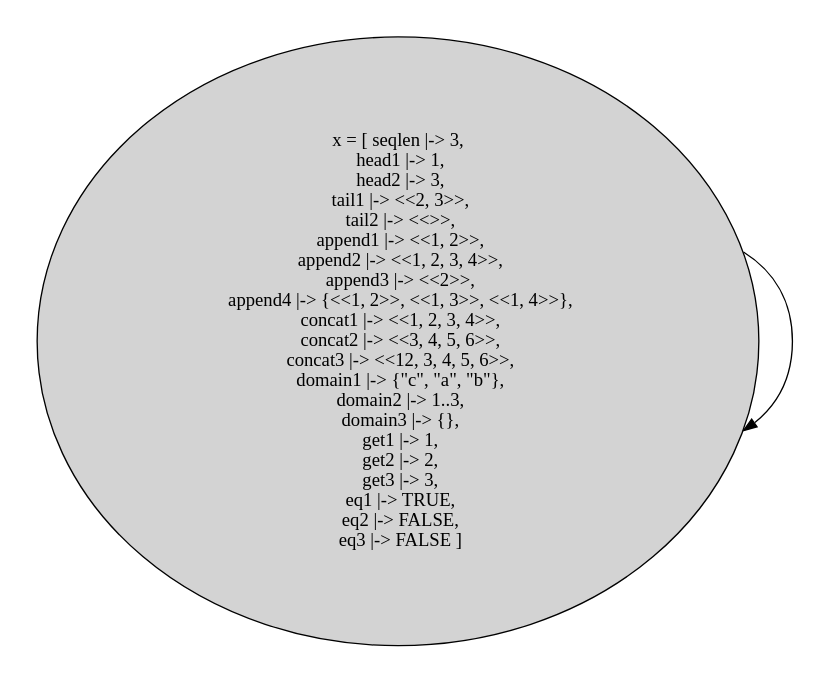
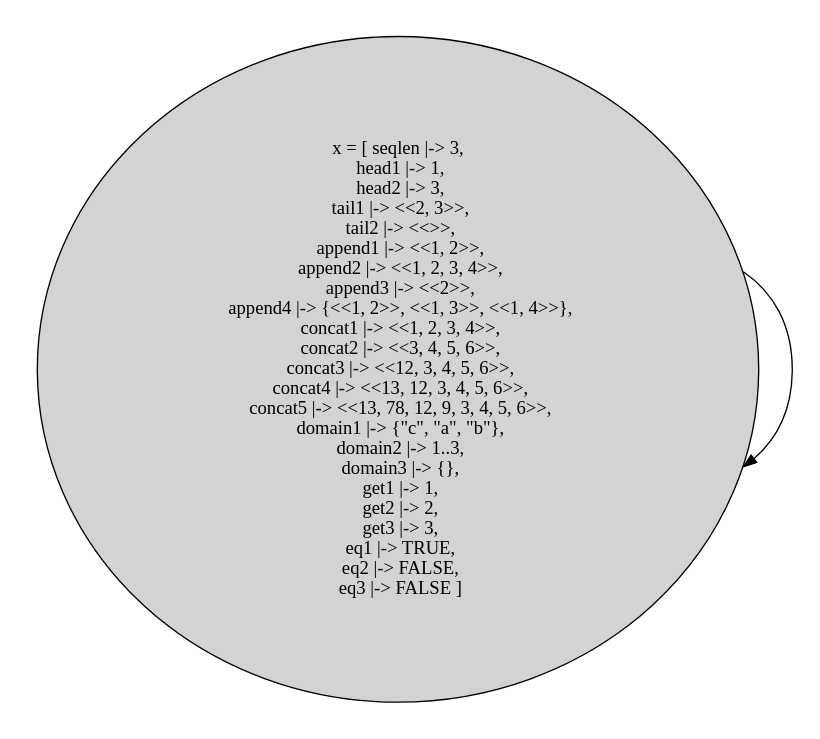
The diagram in specs/with_state_graphs/simple_seq.tla.dot (will62794/tla-web), drawn with Graphviz before and after one commit. The commit also changed 3 other files, not shown here.

```diff
--- a/specs/with_state_graphs/simple_seq.tla.dot
+++ b/specs/with_state_graphs/simple_seq.tla.dot
@@ -1,9 +1,9 @@
 strict digraph DiskGraph {
 nodesep=0.35;
 subgraph cluster_graph {
 color="white";
-1903248553013919169 [label="x = [ seqlen |-> 3,\n  head1 |-> 1,\n  head2 |-> 3,\n  tail1 |-> <<2, 3>>,\n  tail2 |-> <<>>,\n  append1 |-> <<1, 2>>,\n  append2 |-> <<1, 2, 3, 4>>,\n  append3 |-> <<2>>,\n  append4 |-> {<<1, 2>>, <<1, 3>>, <<1, 4>>},\n  concat1 |-> <<1, 2, 3, 4>>,\n  concat2 |-> <<3, 4, 5, 6>>,\n  concat3 |-> <<12, 3, 4, 5, 6>>,\n  domain1 |-> {\"c\", \"a\", \"b\"},\n  domain2 |-> 1..3,\n  domain3 |-> {},\n  get1 |-> 1,\n  get2 |-> 2,\n  get3 |-> 3,\n  eq1 |-> TRUE,\n  eq2 |-> FALSE,\n  eq3 |-> FALSE ]",style = filled]
-1903248553013919169 -> 1903248553013919169 [label="",color="black",fontcolor="black"];
-{rank = same; 1903248553013919169;}
+-1699215315842779918 [label="x = [ seqlen |-> 3,\n  head1 |-> 1,\n  head2 |-> 3,\n  tail1 |-> <<2, 3>>,\n  tail2 |-> <<>>,\n  append1 |-> <<1, 2>>,\n  append2 |-> <<1, 2, 3, 4>>,\n  append3 |-> <<2>>,\n  append4 |-> {<<1, 2>>, <<1, 3>>, <<1, 4>>},\n  concat1 |-> <<1, 2, 3, 4>>,\n  concat2 |-> <<3, 4, 5, 6>>,\n  concat3 |-> <<12, 3, 4, 5, 6>>,\n  concat4 |-> <<13, 12, 3, 4, 5, 6>>,\n  concat5 |-> <<13, 78, 12, 9, 3, 4, 5, 6>>,\n  domain1 |-> {\"c\", \"a\", \"b\"},\n  domain2 |-> 1..3,\n  domain3 |-> {},\n  get1 |-> 1,\n  get2 |-> 2,\n  get3 |-> 3,\n  eq1 |-> TRUE,\n  eq2 |-> FALSE,\n  eq3 |-> FALSE ]",style = filled]
+-1699215315842779918 -> -1699215315842779918 [label="",color="black",fontcolor="black"];
+{rank = same; -1699215315842779918;}
 }
 }
```
